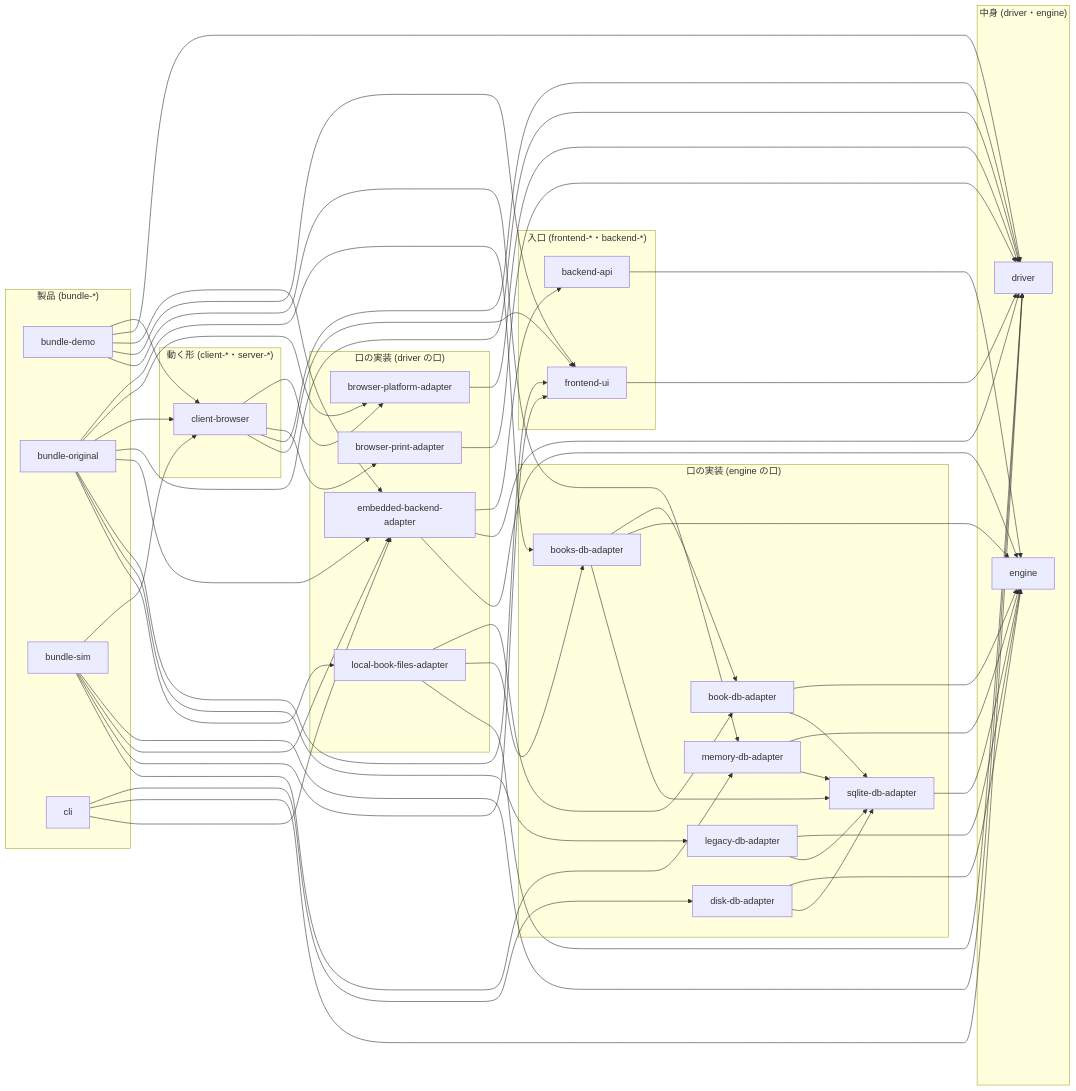
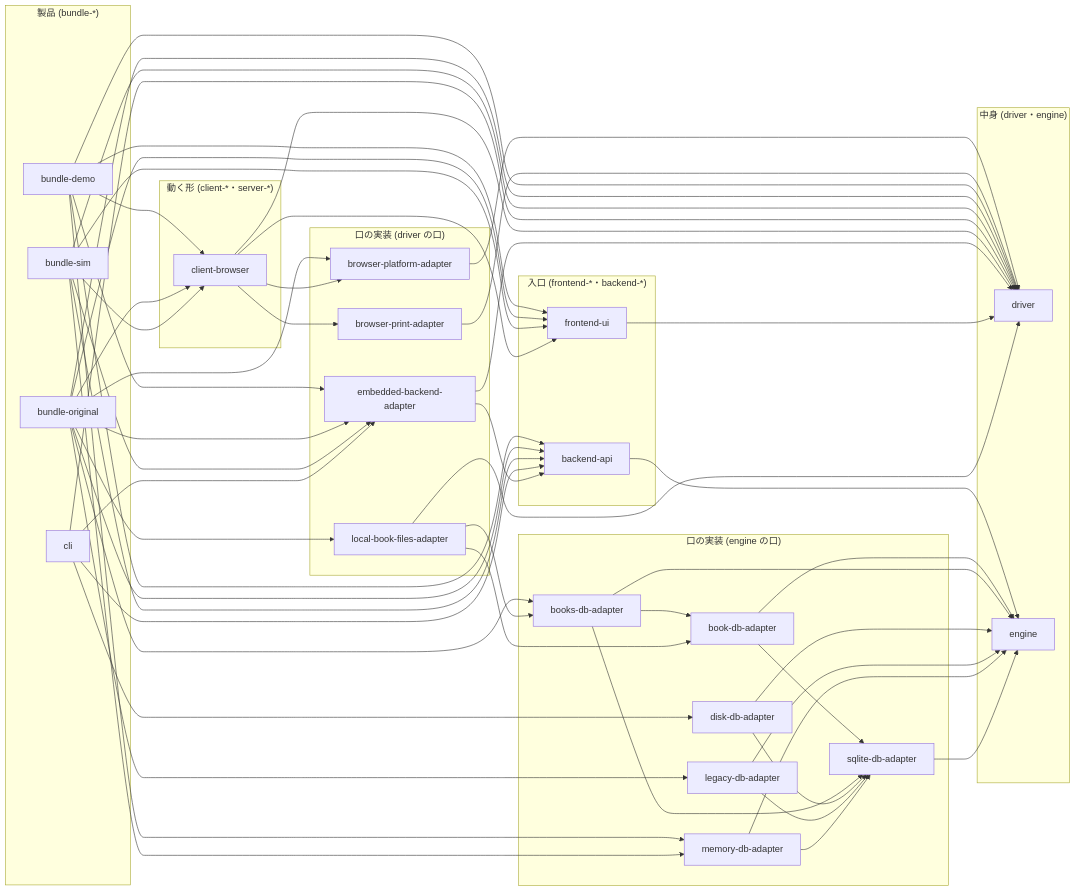
The diagram in docs/dependency-graph.md (rubydogjp/openkk), drawn with Mermaid before and after one commit. The commit also changed other lines of this file and 93 other files, not shown here.

Commit message:
refactor: 関数名・型名を箱の名前に合わせ (engine*Error・createEngineUsecases・createOpenkkBackendApi・createDiskDbAdapter・createBookDbAdapter・createLegacyDbAdapter など)、受ける側の契約の型を engine から backend-api へ移す (engine の口は db だけにし、埋め込みの組み立ては製品が backend-api と embedded-backend-adapter を直接つなぐ)

```diff
--- a/docs/dependency-graph.md
+++ b/docs/dependency-graph.md
@@ -55,11 +55,13 @@
   rubydogjp_openkk_books_db_adapter --> rubydogjp_openkk_sqlite_db_adapter
   rubydogjp_openkk_browser_platform_adapter --> rubydogjp_openkk_driver
   rubydogjp_openkk_browser_print_adapter --> rubydogjp_openkk_driver
+  rubydogjp_openkk_bundle_demo --> rubydogjp_openkk_backend_api
   rubydogjp_openkk_bundle_demo --> rubydogjp_openkk_client_browser
   rubydogjp_openkk_bundle_demo --> rubydogjp_openkk_driver
   rubydogjp_openkk_bundle_demo --> rubydogjp_openkk_embedded_backend_adapter
   rubydogjp_openkk_bundle_demo --> rubydogjp_openkk_frontend_ui
   rubydogjp_openkk_bundle_demo --> rubydogjp_openkk_memory_db_adapter
+  rubydogjp_openkk_bundle_original --> rubydogjp_openkk_backend_api
   rubydogjp_openkk_bundle_original --> rubydogjp_openkk_books_db_adapter
   rubydogjp_openkk_bundle_original --> rubydogjp_openkk_browser_platform_adapter
   rubydogjp_openkk_bundle_original --> rubydogjp_openkk_client_browser
@@ -68,11 +70,13 @@
   rubydogjp_openkk_bundle_original --> rubydogjp_openkk_frontend_ui
   rubydogjp_openkk_bundle_original --> rubydogjp_openkk_legacy_db_adapter
   rubydogjp_openkk_bundle_original --> rubydogjp_openkk_local_book_files_adapter
+  rubydogjp_openkk_bundle_sim --> rubydogjp_openkk_backend_api
   rubydogjp_openkk_bundle_sim --> rubydogjp_openkk_client_browser
   rubydogjp_openkk_bundle_sim --> rubydogjp_openkk_driver
   rubydogjp_openkk_bundle_sim --> rubydogjp_openkk_embedded_backend_adapter
   rubydogjp_openkk_bundle_sim --> rubydogjp_openkk_frontend_ui
   rubydogjp_openkk_bundle_sim --> rubydogjp_openkk_memory_db_adapter
+  rubydogjp_openkk_cli --> rubydogjp_openkk_backend_api
   rubydogjp_openkk_cli --> rubydogjp_openkk_disk_db_adapter
   rubydogjp_openkk_cli --> rubydogjp_openkk_driver
   rubydogjp_openkk_cli --> rubydogjp_openkk_embedded_backend_adapter
@@ -84,7 +88,6 @@
   rubydogjp_openkk_disk_db_adapter --> rubydogjp_openkk_sqlite_db_adapter
   rubydogjp_openkk_embedded_backend_adapter --> rubydogjp_openkk_backend_api
   rubydogjp_openkk_embedded_backend_adapter --> rubydogjp_openkk_driver
-  rubydogjp_openkk_embedded_backend_adapter --> rubydogjp_openkk_engine
   rubydogjp_openkk_frontend_ui --> rubydogjp_openkk_driver
   rubydogjp_openkk_legacy_db_adapter --> rubydogjp_openkk_engine
   rubydogjp_openkk_legacy_db_adapter --> rubydogjp_openkk_sqlite_db_adapter
```
